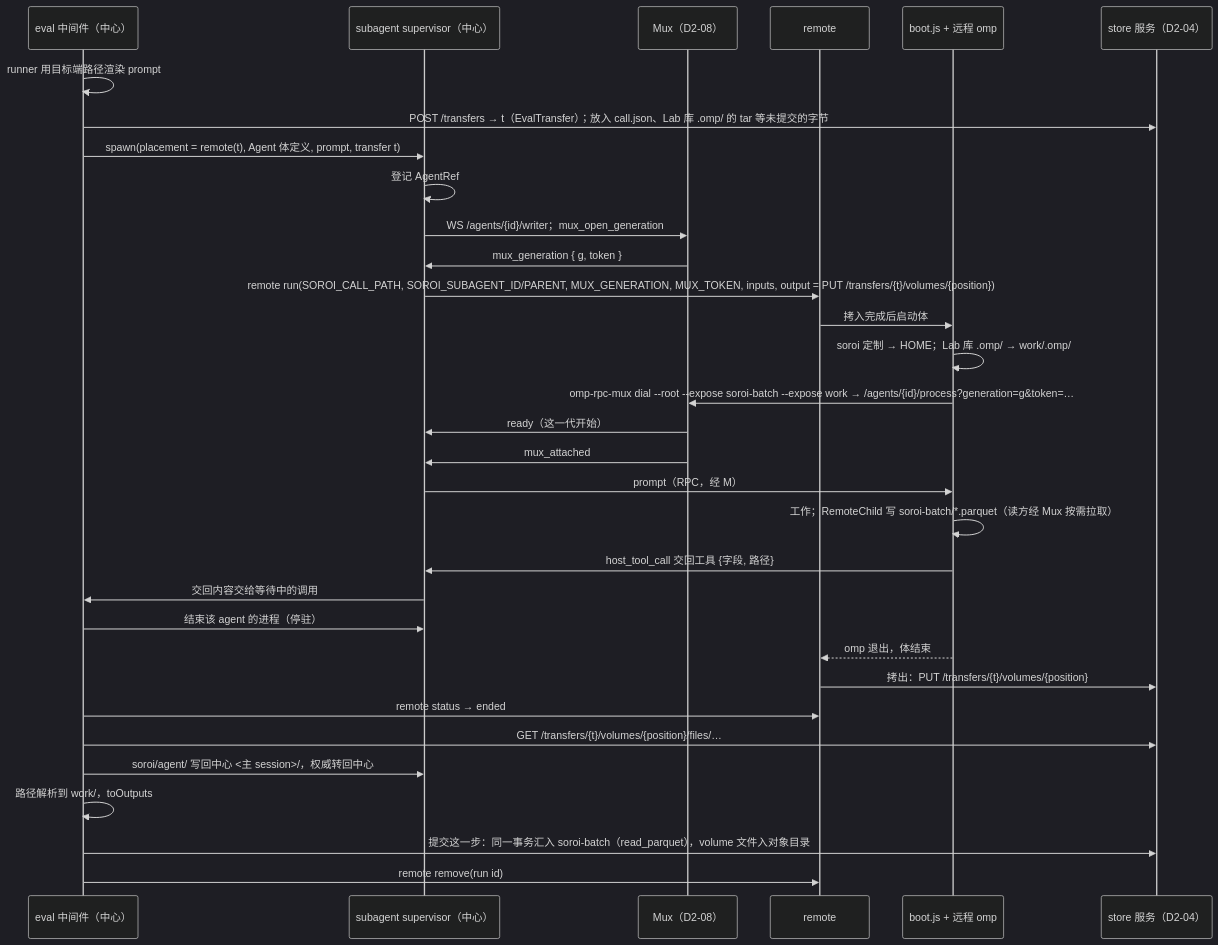
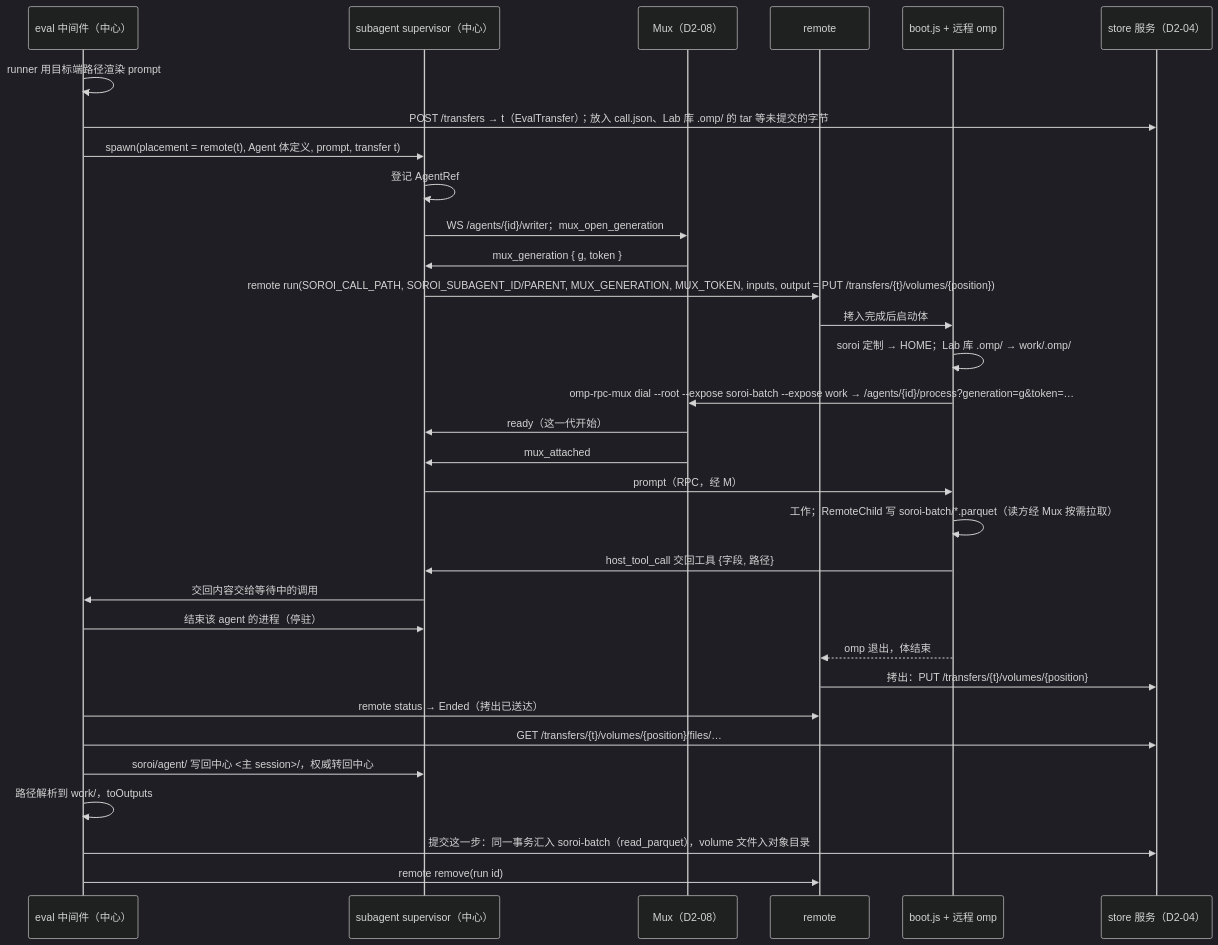
One commit to Pepgent/PM changed the second of 2 diagrams in evidence/decisions/D4-remote-exec.md. Above: the diagram before and after it, drawn with Mermaid (dark theme). The commit also changed other lines of this file and 10 other files, not shown here.

````diff
--- a/evidence/decisions/D4-remote-exec.md
+++ b/evidence/decisions/D4-remote-exec.md
@@ -276,34 +277,34 @@
 ```mermaid
 sequenceDiagram
     participant E as eval 中间件（中心）
     participant P as subagent supervisor（中心）
     participant M as Mux（D2-08）
     participant R as remote
     participant B as boot.js + 远程 omp
     participant S as store 服务（D2-04）
     E->>E: runner 用目标端路径渲染 prompt
     E->>S: POST /transfers → t（EvalTransfer）；放入 call.json、Lab 库 .omp/ 的 tar 等未提交的字节
     E->>P: spawn(placement = remote(t), Agent 体定义, prompt, transfer t)
     P->>P: 登记 AgentRef
     P->>M: WS /agents/{id}/writer；mux_open_generation
     M->>P: mux_generation { g, token }
     P->>R: remote run(SOROI_CALL_PATH, SOROI_SUBAGENT_ID/PARENT, MUX_GENERATION, MUX_TOKEN, inputs, output = PUT /transfers/{t}/volumes/{position})
     R->>B: 拷入完成后启动体
     B->>B: soroi 定制 → HOME；Lab 库 .omp/ → work/.omp/
     B->>M: omp-rpc-mux dial --root --expose soroi-batch --expose work → /agents/{id}/process?generation=g&token=…
     M->>P: ready（这一代开始）
     M->>P: mux_attached
     P->>B: prompt（RPC，经 M）
     B->>B: 工作；RemoteChild 写 soroi-batch/*.parquet（读方经 Mux 按需拉取）
     B->>P: host_tool_call 交回工具 {字段, 路径}
     P->>E: 交回内容交给等待中的调用
     E->>P: 结束该 agent 的进程（停驻）
     B-->>R: omp 退出，体结束
     R->>S: 拷出：PUT /transfers/{t}/volumes/{position}
-    E->>R: remote status → ended
+    E->>R: remote status → Ended（拷出已送达）
     E->>S: GET /transfers/{t}/volumes/{position}/files/…
     E->>P: soroi/agent/ 写回中心 <主 session>/，权威转回中心
     E->>E: 路径解析到 work/，toOutputs
     E->>S: 提交这一步：同一事务汇入 soroi-batch（read_parquet），volume 文件入对象目录
     E->>R: remote remove(run id)
 ```
````
